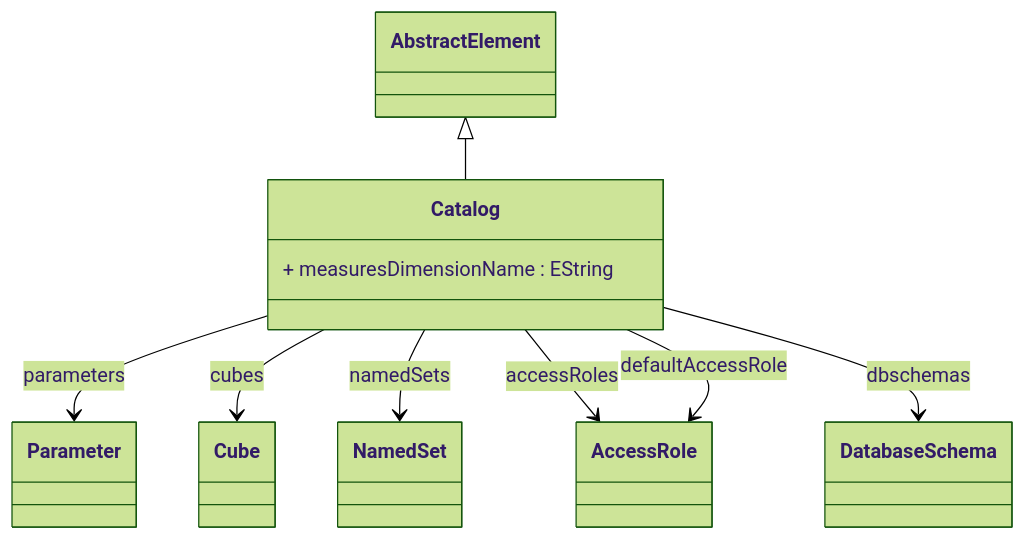
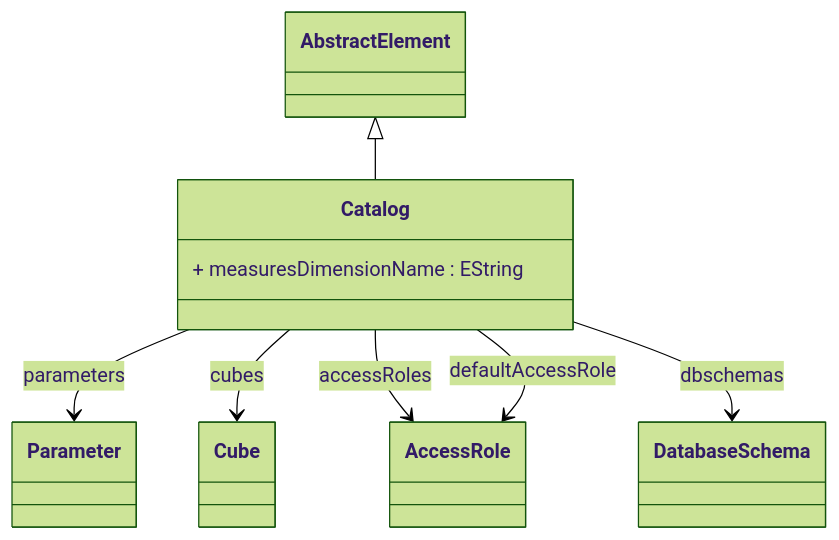
Before and after one commit to stbischof/doc: the diagram in class-Catalog.md, drawn with Mermaid (forest theme). The commit also changed other lines of this file, not shown here.

Commit message:
NamedSet removed

````diff
--- a/class-Catalog.md
+++ b/class-Catalog.md
@@ -120,15 +110,14 @@
 ```mermaid
 classDiagram
   class Catalog {
     + measuresDimensionName : EString
   }
 
   AbstractElement <|-- Catalog
   Catalog --> Parameter : parameters
   Catalog --> Cube : cubes
-  Catalog --> NamedSet : namedSets
   Catalog --> AccessRole : accessRoles
   Catalog --> AccessRole : defaultAccessRole
   Catalog --> DatabaseSchema : dbschemas
 
 ```
````
